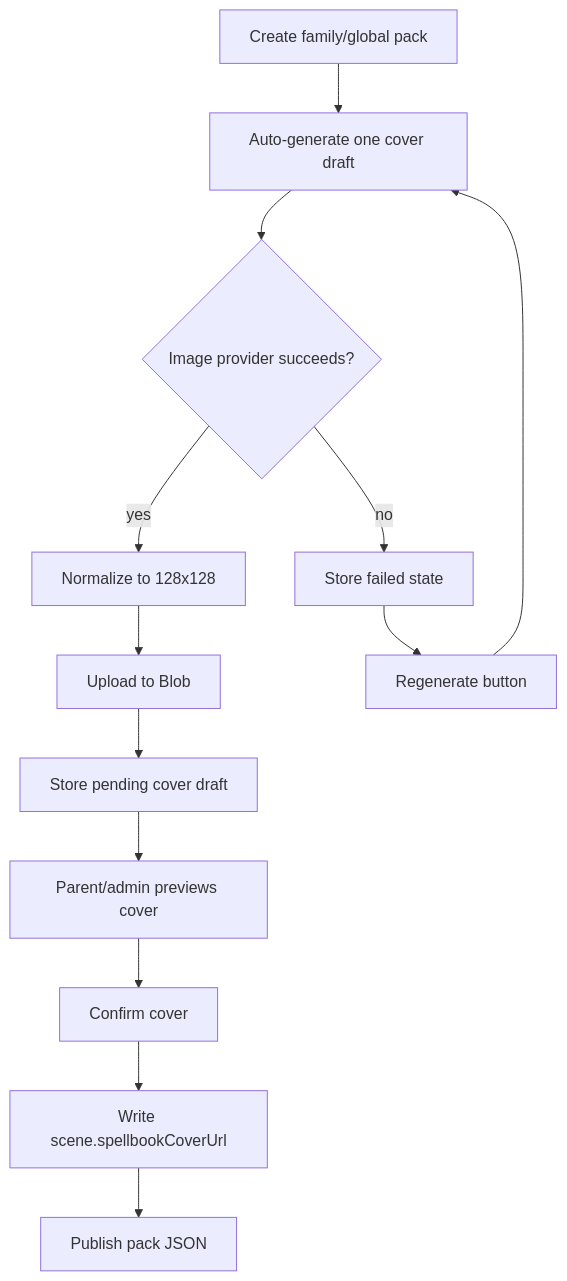
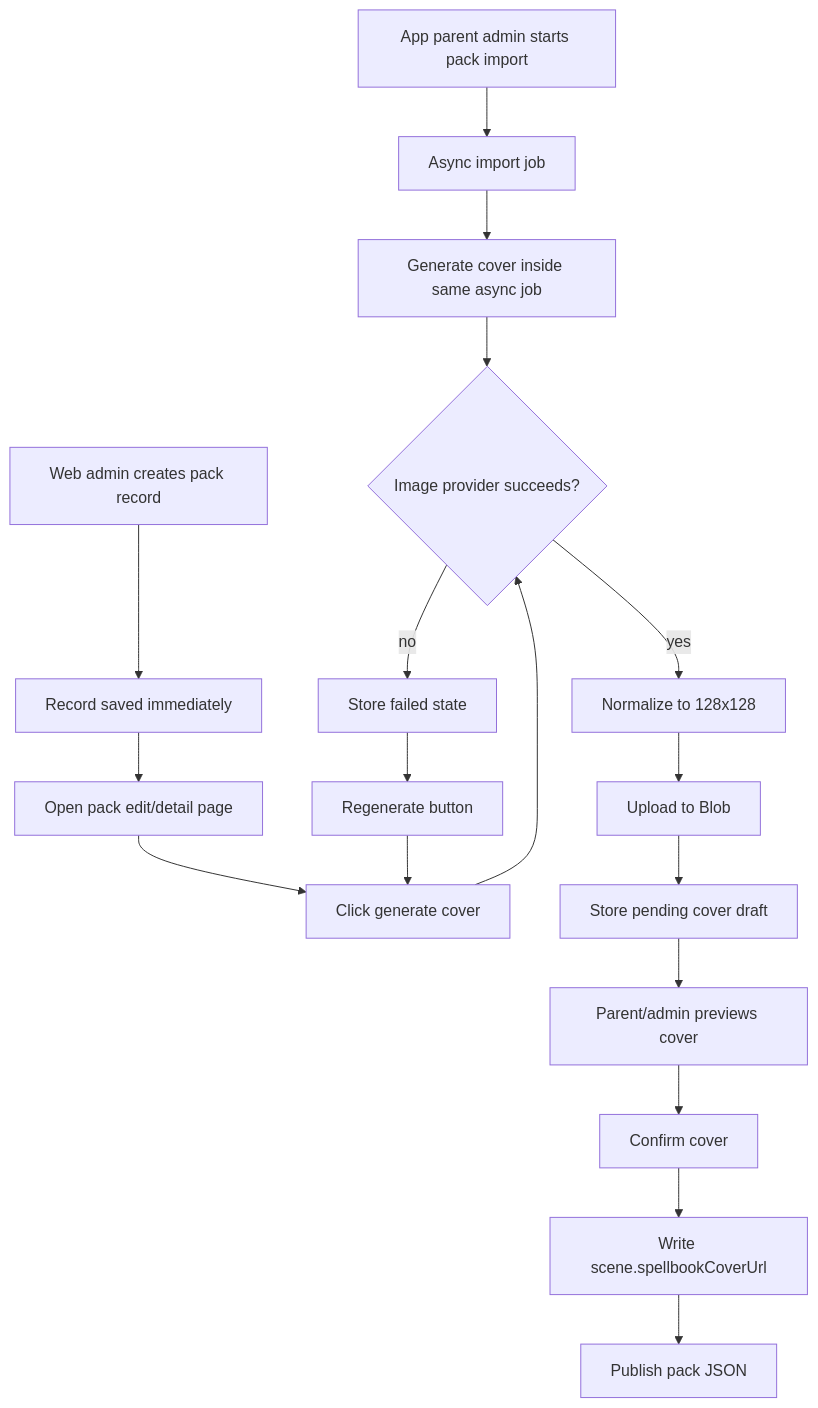
One commit to terryma2024/happyword changed the third of 3 diagrams in docs/features/2026-05-29-spellbook-v0-9-5/00-design.md. Above: the diagram before and after it, drawn with Mermaid. The commit also changed other lines of this file and 44 other files, not shown here.

````diff
--- a/docs/features/2026-05-29-spellbook-v0-9-5/00-design.md
+++ b/docs/features/2026-05-29-spellbook-v0-9-5/00-design.md
@@ -71,15 +71,20 @@
 ```mermaid
 flowchart TD
-  create["Create family/global pack"] --> autoGenerate["Auto-generate one cover draft"]
-  autoGenerate --> provider{"Image provider succeeds?"}
+  appImport["App parent admin starts pack import"] --> importJob["Async import job"]
+  importJob --> appGenerate["Generate cover inside same async job"]
+  webCreate["Web admin creates pack record"] --> webSaved["Record saved immediately"]
+  webSaved --> webPage["Open pack edit/detail page"]
+  webPage --> manualGenerate["Click generate cover"]
+  appGenerate --> provider{"Image provider succeeds?"}
+  manualGenerate --> provider
   provider -->|yes| normalize["Normalize to 128x128"]
   normalize --> upload["Upload to Blob"]
   upload --> pending["Store pending cover draft"]
   provider -->|no| failed["Store failed state"]
   pending --> preview["Parent/admin previews cover"]
   failed --> retry["Regenerate button"]
   preview --> confirm["Confirm cover"]
-  retry --> autoGenerate
+  retry --> manualGenerate
   confirm --> scene["Write scene.spellbookCoverUrl"]
   scene --> publish["Publish pack JSON"]
 ```
````
